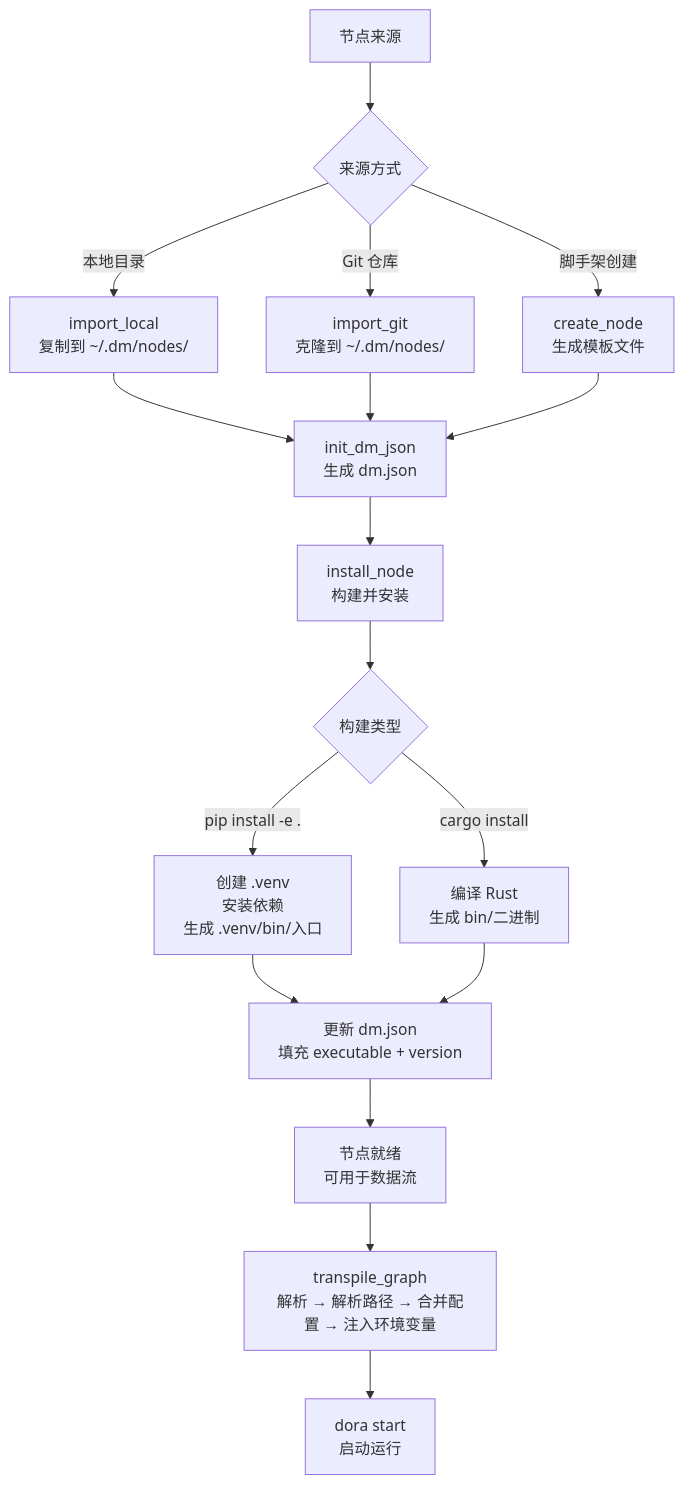
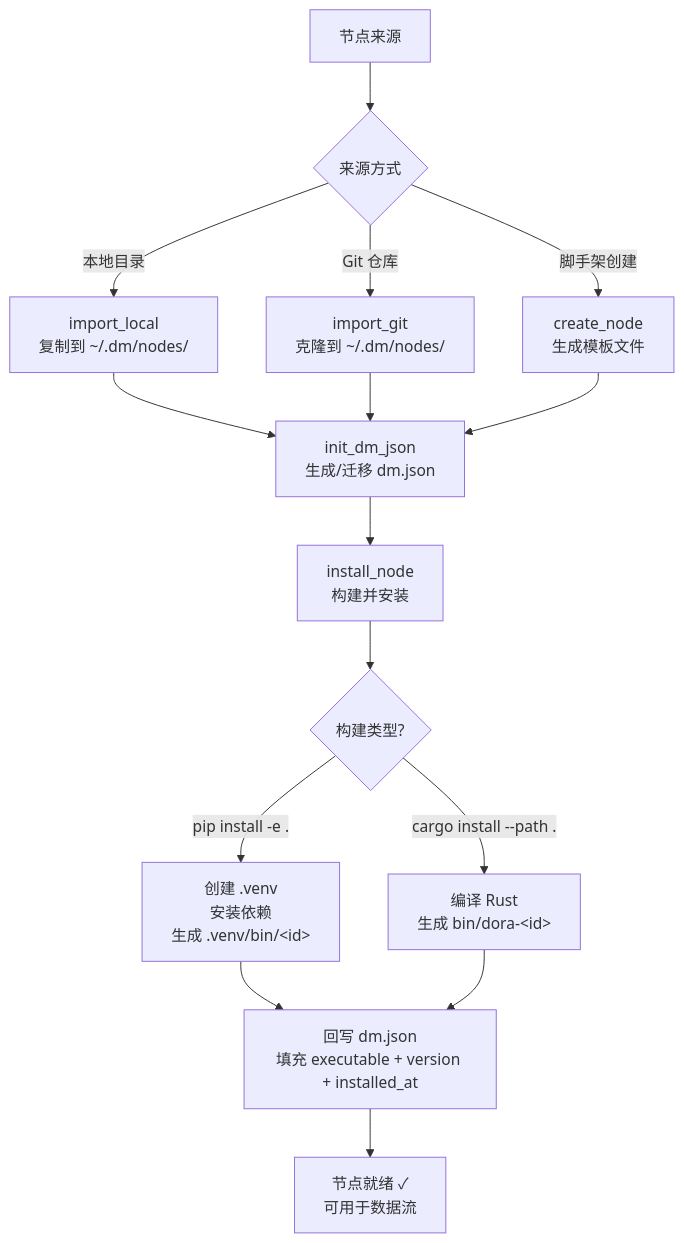
The third of 3 diagrams in wiki/zh/04-node-concept.md (l1veIn/dora-manager), drawn with Mermaid before and after one commit. The commit also changed other lines of this file and 99 other files, not shown here.

````diff
--- a/wiki/zh/04-node-concept.md
+++ b/wiki/zh/04-node-concept.md
@@ -169,23 +297,21 @@
 ```mermaid
 flowchart TD
     A["节点来源"] --> B{"来源方式"}
     B -->|"本地目录"| C["import_local<br/>复制到 ~/.dm/nodes/"]
     B -->|"Git 仓库"| D["import_git<br/>克隆到 ~/.dm/nodes/"]
     B -->|"脚手架创建"| E["create_node<br/>生成模板文件"]
 
-    C --> F["init_dm_json<br/>生成 dm.json"]
+    C --> F["init_dm_json<br/>生成/迁移 dm.json"]
     D --> F
     E --> F
 
     F --> G["install_node<br/>构建并安装"]
-    G --> H{"构建类型"}
-    H -->|"pip install -e ."| I["创建 .venv<br/>安装依赖<br/>生成 .venv/bin/入口"]
-    H -->|"cargo install"| J["编译 Rust<br/>生成 bin/二进制"]
+    G --> H{"构建类型?"}
+    H -->|"pip install -e ."| I["创建 .venv<br/>安装依赖<br/>生成 .venv/bin/&lt;id&gt;"]
+    H -->|"cargo install --path ."| J["编译 Rust<br/>生成 bin/dora-&lt;id&gt;"]
 
-    I --> K["更新 dm.json<br/>填充 executable + version"]
+    I --> K["回写 dm.json<br/>填充 executable + version + installed_at"]
     J --> K
 
-    K --> L["节点就绪<br/>可用于数据流"]
-    L --> M["transpile_graph<br/>解析 → 解析路径 → 合并配置 → 注入环境变量"]
-    M --> N["dora start<br/>启动运行"]
+    K --> L["节点就绪 ✓<br/>可用于数据流"]
 ```
````
